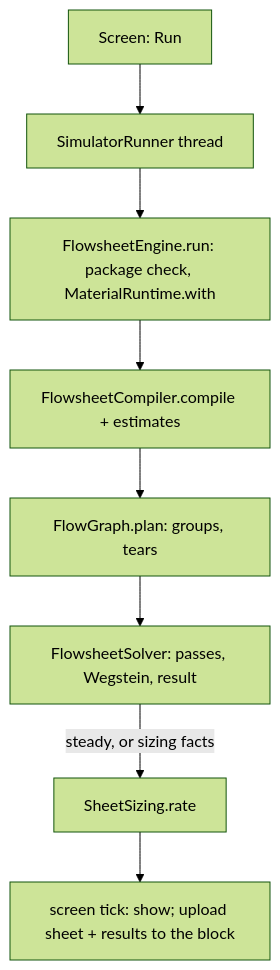
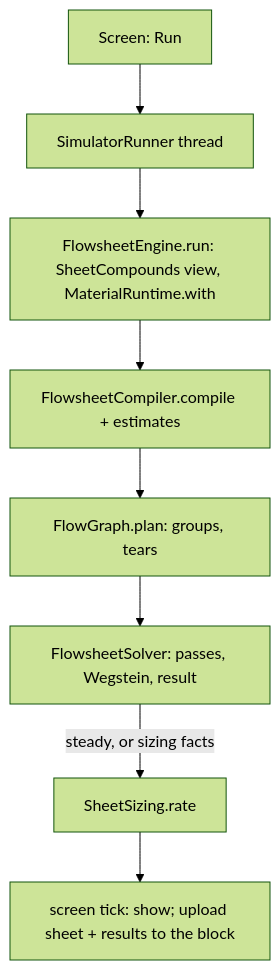
One commit to wormzjl/Industrial-Chemical-Engineering changed the diagram in documentation/reference/code-guide/process-simulator.md. Above: the diagram before and after it, drawn with Mermaid (forest theme). The commit also changed other lines of this file and 10 other files, not shown here.

First line of the commit message:
Code guide: thermo-materials, fluid-runtime, fluid-science, equilibrium-engine, column-v3, column-operation, process-simulator, client-gui, heat-exchangers, verification and README at f4130065f

````diff
--- a/documentation/reference/code-guide/process-simulator.md
+++ b/documentation/reference/code-guide/process-simulator.md
@@ -99,10 +100,10 @@
 ```mermaid
 flowchart TD
     A[Screen: Run] --> B[SimulatorRunner thread]
-    B --> C[FlowsheetEngine.run: package check, MaterialRuntime.with]
+    B --> C[FlowsheetEngine.run: SheetCompounds view, MaterialRuntime.with]
     C --> D[FlowsheetCompiler.compile + estimates]
     D --> E[FlowGraph.plan: groups, tears]
     E --> F[FlowsheetSolver: passes, Wegstein, result]
     F -->|steady, or sizing facts| G[SheetSizing.rate]
     G --> H[screen tick: show; upload sheet + results to the block]
 ```
````
